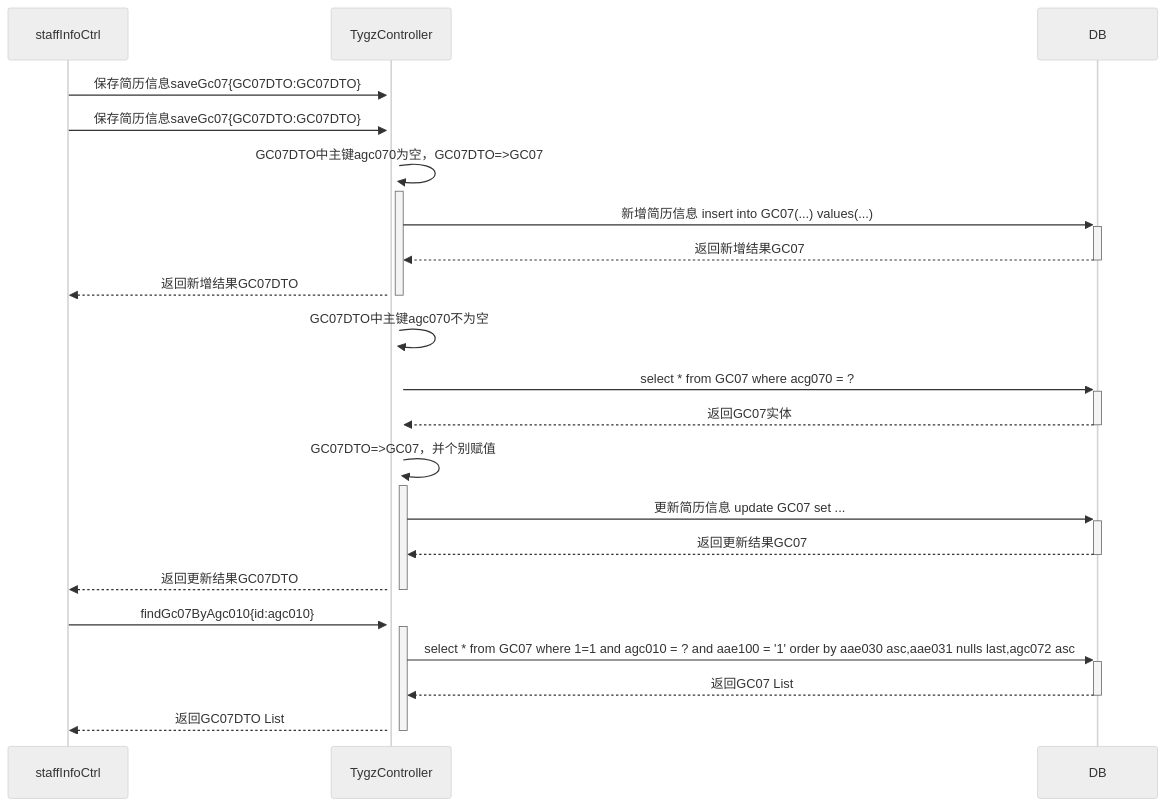
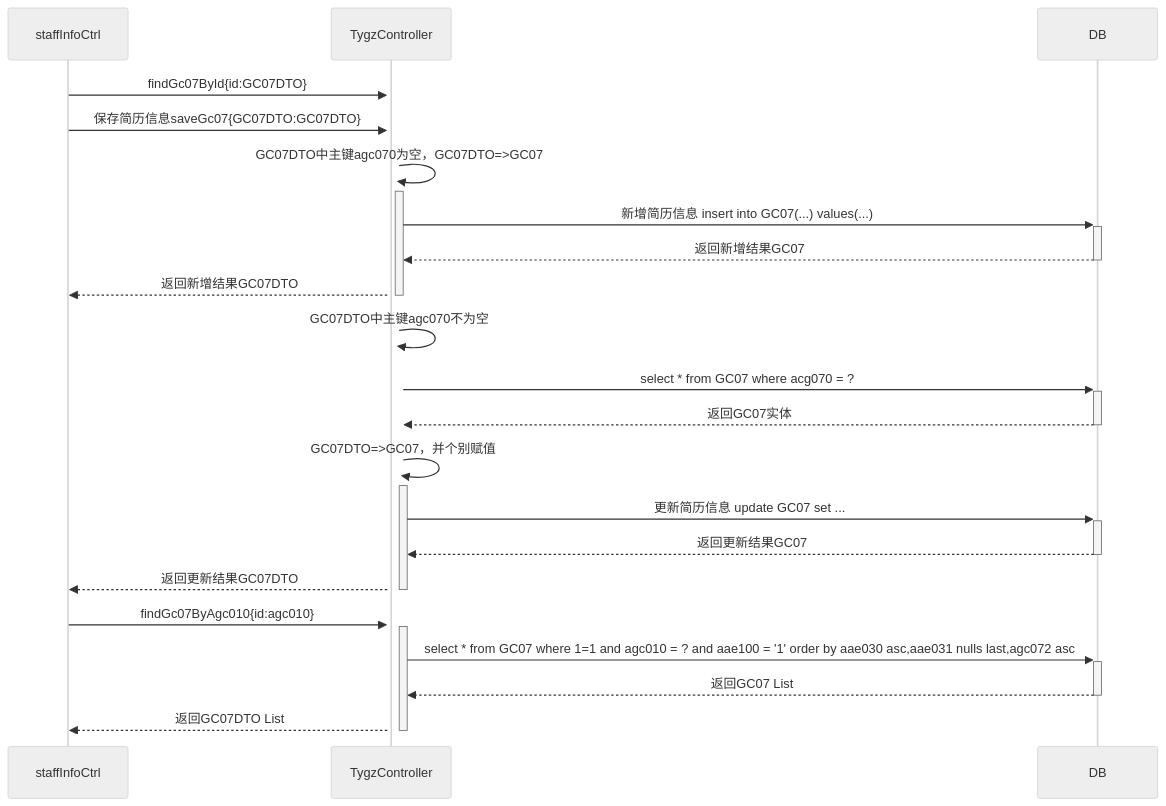
The diagram in all/未命名.md (ZhangJianBeiJing/iodraw-files), drawn with Mermaid (neutral theme) before and after one commit.

Commit message:
2025-03-25 17:25:38 update

````diff
--- a/all/未命名.md
+++ b/all/未命名.md
@@ -1,23 +1,23 @@
 ```mermaid
 sequenceDiagram
 
-staffInfoCtrl->>+TygzController:保存简历信息saveGc07{GC07DTO:GC07DTO}
+staffInfoCtrl->>+TygzController:findGc07ById{id:GC07DTO}
     staffInfoCtrl->>+TygzController:保存简历信息saveGc07{GC07DTO:GC07DTO}
     TygzController->>+TygzController:GC07DTO中主键agc070为空，GC07DTO=>GC07
     TygzController->>+DB:新增简历信息 insert into GC07(...) values(...)
     DB-->>-TygzController:返回新增结果GC07
     TygzController-->>-staffInfoCtrl:返回新增结果GC07DTO
     TygzController->>+TygzController:GC07DTO中主键agc070不为空
     TygzController->>+DB:select * from GC07 where acg070 = ?
     DB-->>-TygzController:返回GC07实体
     TygzController->>+TygzController:GC07DTO=>GC07，并个别赋值
     TygzController->>+DB:更新简历信息 update GC07 set ...
     DB-->>-TygzController:返回更新结果GC07
     TygzController-->>-staffInfoCtrl:返回更新结果GC07DTO
 
     staffInfoCtrl->>+TygzController:findGc07ByAgc010{id:agc010}
     TygzController->>+DB:select * from GC07 where 1=1 and agc010 = ? and aae100 = '1' order by aae030 asc,aae031 nulls last,agc072 asc 
     DB-->>-TygzController:返回GC07 List
     TygzController-->>-staffInfoCtrl:返回GC07DTO List
             
 ```
````
